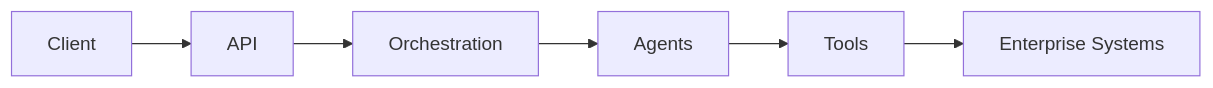
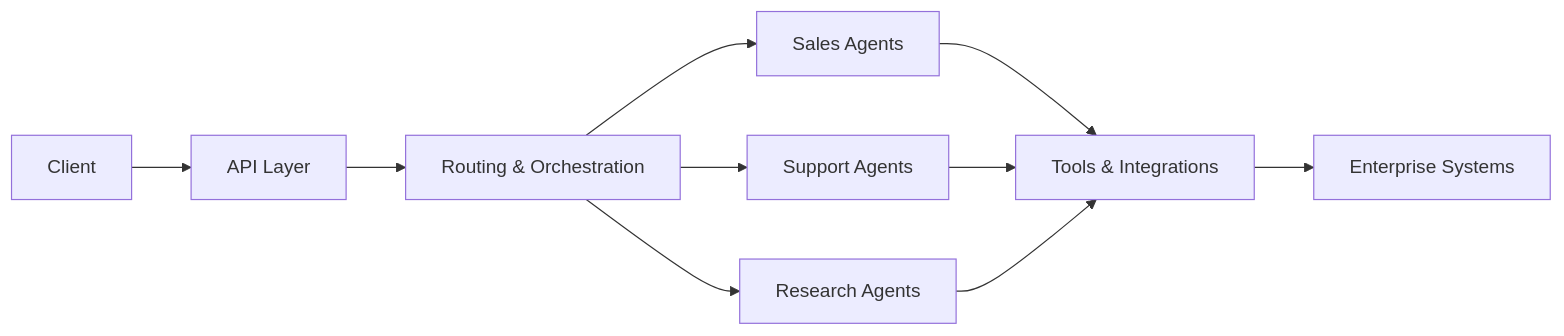
Before and after one commit to Poochaman/Poochaman: the diagram in README.md, drawn with Mermaid.

Commit message:
Enhance flowchart with detailed agent roles
Updated flowchart in README to specify API Layer and differentiate agent types.

````diff
--- a/README.md
+++ b/README.md
@@ -9,8 +9,12 @@
 ```mermaid
 flowchart LR
-    A[Client] --> B[API]
-    B --> C[Orchestration]
-    C --> D[Agents]
-    D --> E[Tools]
+    A[Client] --> B[API Layer]
+    B --> C[Routing & Orchestration]
+    C --> D1[Sales Agents]
+    C --> D2[Support Agents]
+    C --> D3[Research Agents]
+    D1 --> E[Tools & Integrations]
+    D2 --> E
+    D3 --> E
     E --> F[Enterprise Systems]
 ```
````
